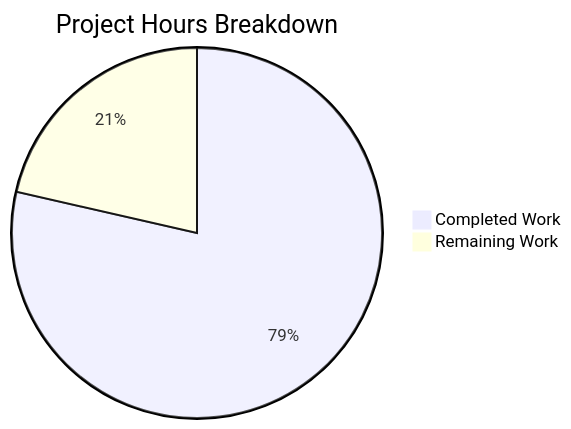
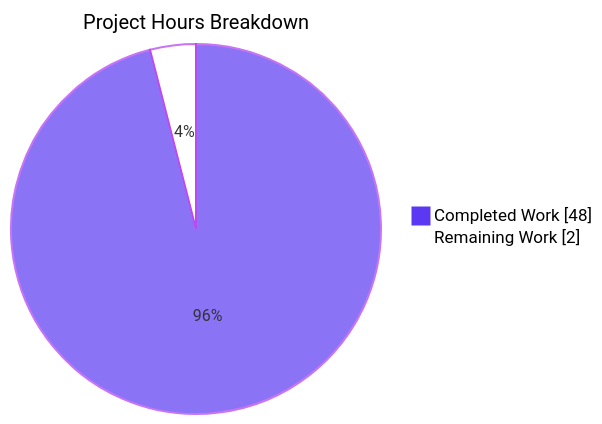
The second of 4 diagrams in blitzy/documentation/Project Guide.md (hardik-blitzy/react-weather-app), drawn with Mermaid before and after one commit. The commit also changed other lines of this file, not shown here.

Commit message:
Adding Blitzy Project Guide: Project Status and Human Tasks Remaining

````diff
--- a/blitzy/documentation/Project Guide.md
+++ b/blitzy/documentation/Project Guide.md
@@ -58,5 +215,6 @@
 ```mermaid
-pie title Project Hours Breakdown
-    "Completed Work" : 22
-    "Remaining Work" : 6
+%%{init: {"pie": {"textPosition": 0.5}, "themeVariables": {"pie1": "#5B39F3", "pie2": "#FFFFFF", "pieStrokeColor": "#B23AF2", "pieStrokeWidth": "2px", "pieOuterStrokeWidth": "0px", "pieTitleTextSize": "20px", "pieSectionTextSize": "16px"}}}%%
+pie showData title Project Hours Breakdown
+    "Completed Work" : 48
+    "Remaining Work" : 2
 ```
````
